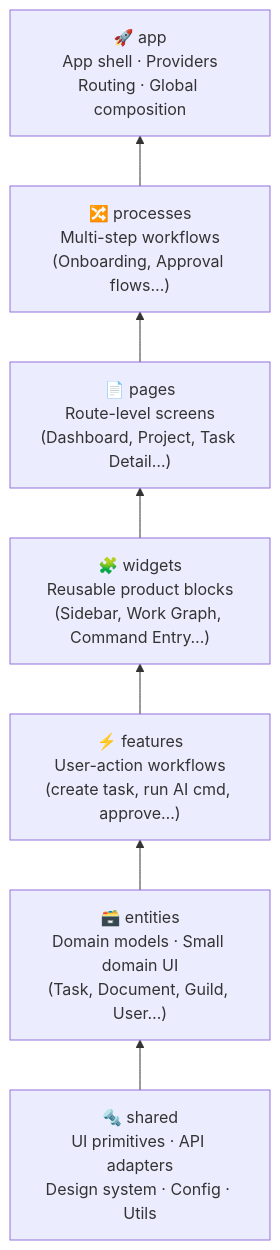
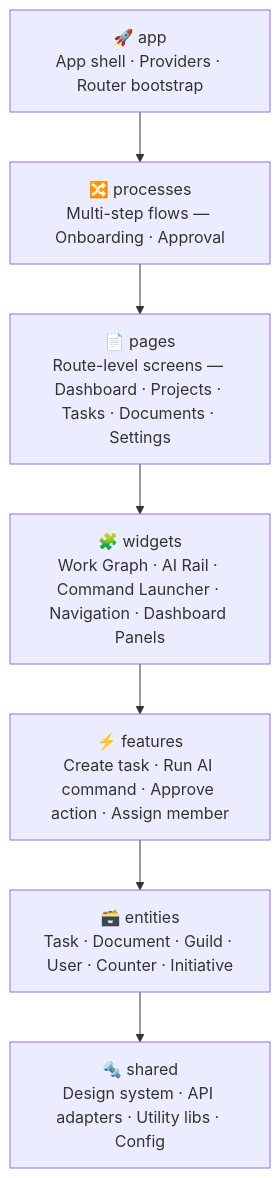
The third of 5 diagrams in README.md (onurcatik/mythforge), drawn with Mermaid before and after one commit. The commit also changed other lines of this file, not shown here.

Commit message:
docs: professional market-ready README with Mermaid diagrams and roadmap

````diff
--- a/README.md
+++ b/README.md
@@ -111,12 +162,12 @@
 ```mermaid
-graph BT
-    shared["🔩 shared\nUI primitives · API adapters\nDesign system · Config · Utils"]
-    entities["🗃️ entities\nDomain models · Small domain UI\n(Task, Document, Guild, User…)"]
-    features["⚡ features\nUser-action workflows\n(create task, run AI cmd, approve…)"]
-    widgets["🧩 widgets\nReusable product blocks\n(Sidebar, Work Graph, Command Entry…)"]
-    pages["📄 pages\nRoute-level screens\n(Dashboard, Project, Task Detail…)"]
-    processes["🔀 processes\nMulti-step workflows\n(Onboarding, Approval flows…)"]
-    app["🚀 app\nApp shell · Providers\nRouting · Global composition"]
+graph TB
+    APP["🚀 app\nApp shell · Providers · Router bootstrap"]
+    PROC["🔀 processes\nMulti-step flows — Onboarding · Approval"]
+    PAGES["📄 pages\nRoute-level screens — Dashboard · Projects · Tasks · Documents · Settings"]
+    WIDGETS["🧩 widgets\nWork Graph · AI Rail · Command Launcher · Navigation · Dashboard Panels"]
+    FEAT["⚡ features\nCreate task · Run AI command · Approve action · Assign member"]
+    ENT["🗃️ entities\nTask · Document · Guild · User · Counter · Initiative"]
+    SHARED["🔩 shared\nDesign system · API adapters · Utility libs · Config"]
 
-    shared --> entities --> features --> widgets --> pages --> processes --> app
+    APP --> PROC --> PAGES --> WIDGETS --> FEAT --> ENT --> SHARED
 ```
````
